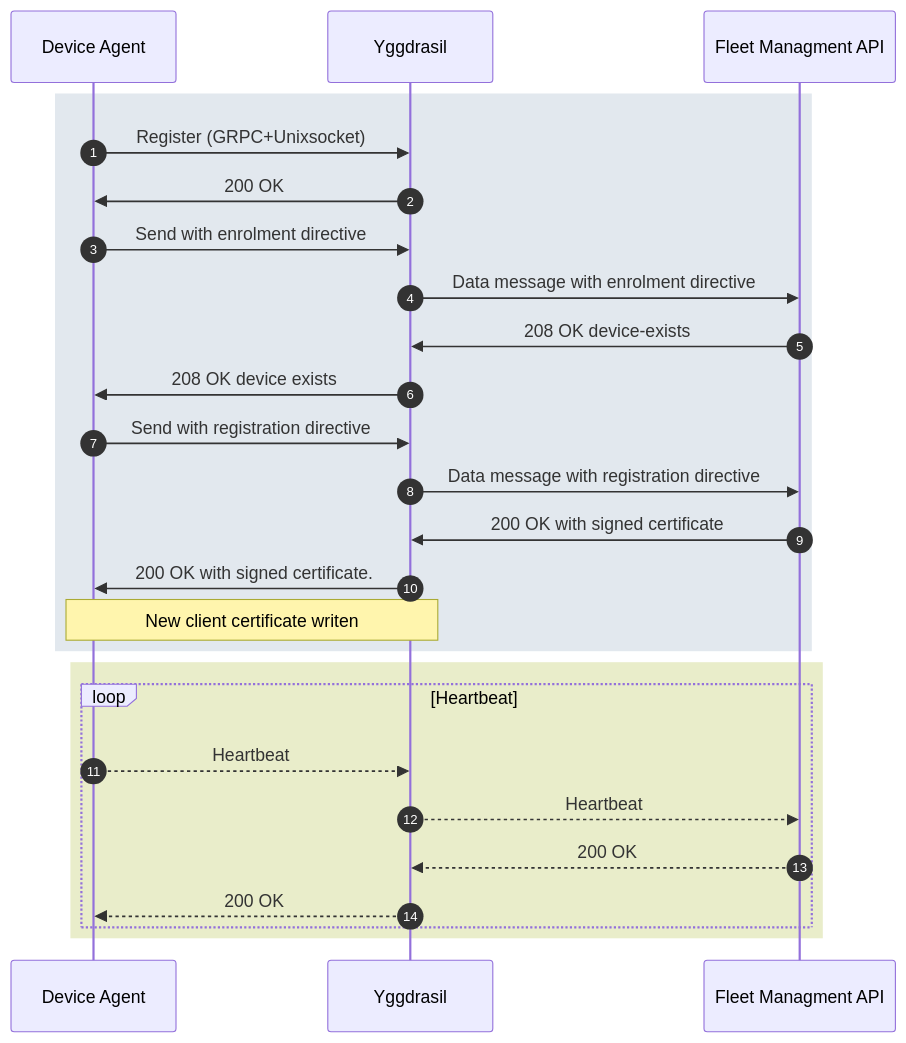
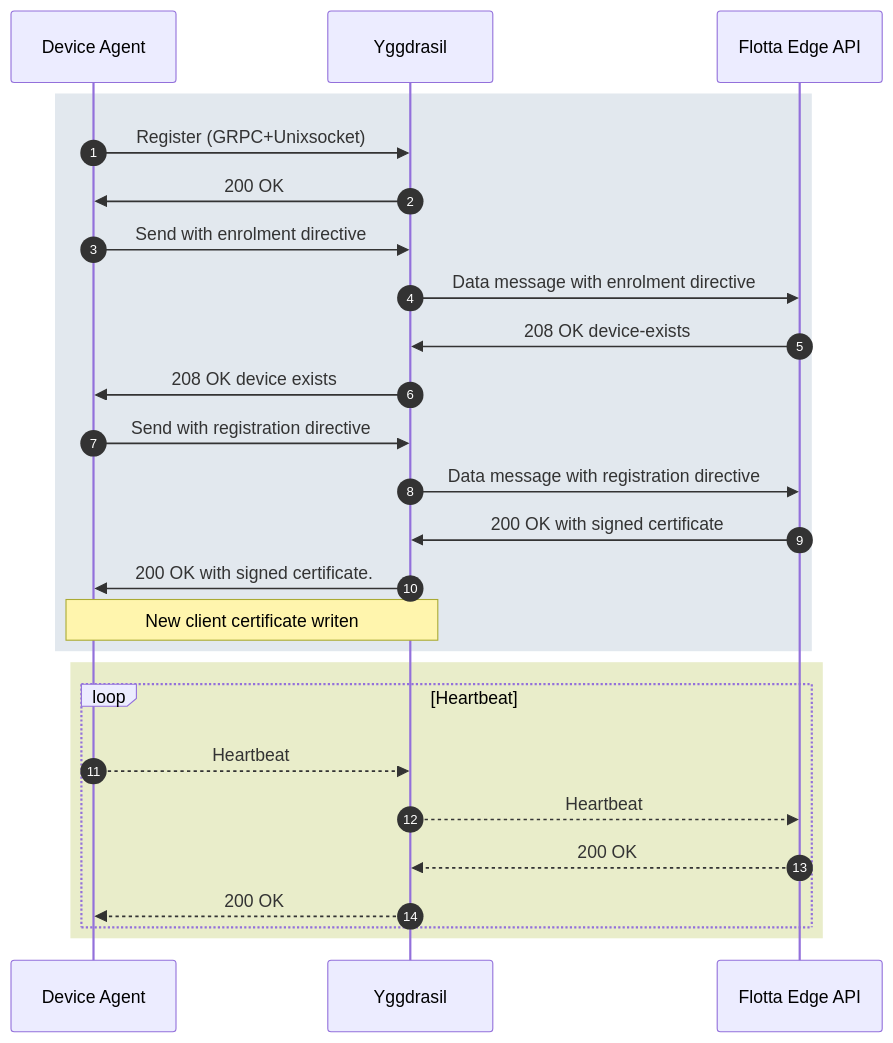
The diagram in documentation/latest/intro/concepts.md (project-flotta/project-flotta.github.io), drawn with Mermaid before and after one commit. The commit also changed other lines of this file and 2 other files, not shown here.

Commit message:
Update site to use Flotta terminology

```diff
--- a/documentation/latest/intro/concepts.md
+++ b/documentation/latest/intro/concepts.md
@@ -44,30 +44,30 @@
 {% mermaid %}
 sequenceDiagram
 autonumber
 participant Agent as Device Agent
 participant YGGD as Yggdrasil
-participant API as Fleet Managment API
+participant API as Flotta Edge API
 
 rect rgb(226, 232, 238)
   Agent ->> YGGD: Register (GRPC+Unixsocket)
   YGGD ->> Agent: 200 OK
   Agent ->> YGGD: Send with enrolment directive
   YGGD ->> API: Data message with enrolment directive
   API ->> YGGD: 208 OK device-exists
   YGGD ->> Agent: 208 OK device exists
   Agent ->> YGGD: Send with registration directive
   YGGD ->> API: Data message with registration directive
   API ->> YGGD: 200 OK with signed certificate
   YGGD ->> Agent: 200 OK with signed certificate.
   Note over YGGD, Agent: New client certificate writen
 end
 
 rect rgb(233, 237, 202)
   loop Heartbeat
     Agent -->> YGGD: Heartbeat
     YGGD-->> API: Heartbeat
     API -->> YGGD: 200 OK
     YGGD-->> Agent: 200 OK
   end
 end
 {% endmermaid %}
```
